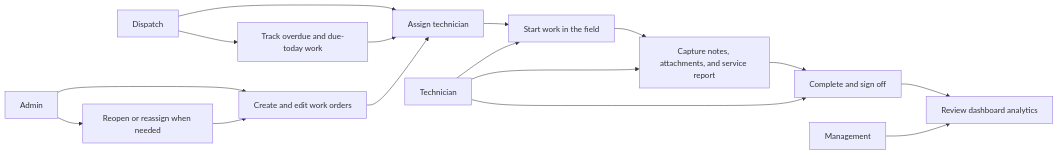
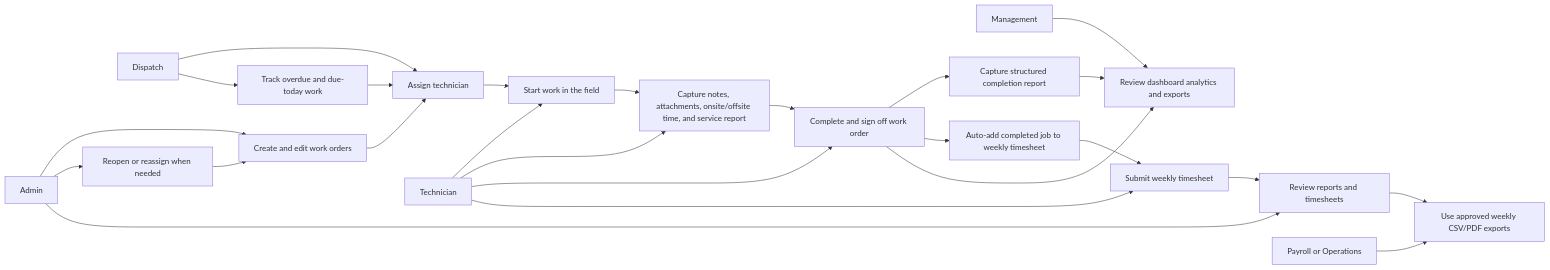
One commit to skawuma/A3-FSM-Deployment changed the first of 13 diagrams in README.MD. Above: the diagram before and after it, drawn with Mermaid. The commit also changed other lines of this file and 1 other file, not shown here.

Commit message:
Document Sprint 13 roadmap and timesheet workflows

````diff
--- a/README.MD
+++ b/README.MD
@@ -72,16 +103,23 @@
 ```mermaid
 flowchart LR
     A[Admin] --> B[Create and edit work orders]
     D[Dispatch] --> C[Assign technician]
     T[Technician] --> E[Start work in the field]
-    T --> F[Capture notes, attachments, and service report]
-    T --> G[Complete and sign off]
+    T --> F[Capture notes, attachments, onsite/offsite time, and service report]
+    T --> G[Complete and sign off work order]
+    T --> TS[Submit weekly timesheet]
     A --> H[Reopen or reassign when needed]
+    A --> AR[Review reports and timesheets]
     D --> I[Track overdue and due-today work]
-    M[Management] --> J[Review dashboard analytics]
+    M[Management] --> J[Review dashboard analytics and exports]
+    P[Payroll or Operations] --> K[Use approved weekly CSV/PDF exports]
 
     B --> C --> E --> F --> G
+    G --> R[Capture structured completion report]
+    G --> TE[Auto-add completed job to weekly timesheet]
+    TE --> TS --> AR --> K
+    R --> J
     G --> J
     H --> B
     I --> C
 ```
````
